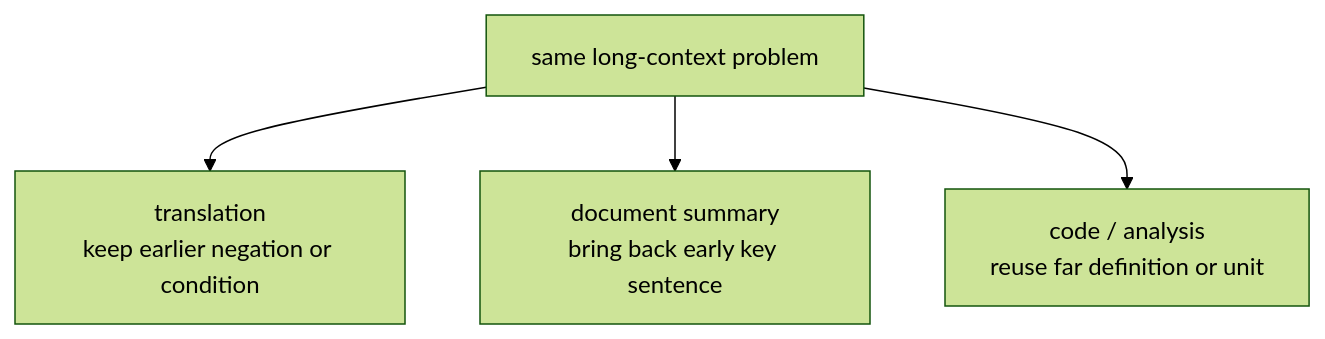
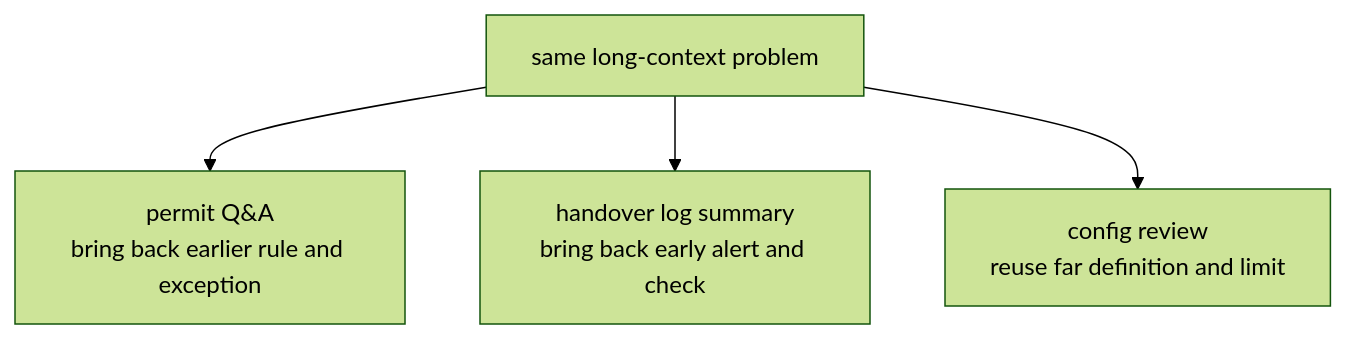
Before and after one commit to devchan64/AiBook: the diagram in docs/assets/part-05/chapter-14/long-context-task-flow-en.mmd, drawn with Mermaid (forest theme). The commit also changed 16 other files, not shown here.

```diff
--- a/docs/assets/part-05/chapter-14/long-context-task-flow-en.mmd
+++ b/docs/assets/part-05/chapter-14/long-context-task-flow-en.mmd
@@ -1,9 +1,9 @@
 flowchart TD
   A["same long-context problem"]
-  B["translation<br/>keep earlier negation or condition"]
-  C["document summary<br/>bring back early key sentence"]
-  D["code / analysis<br/>reuse far definition or unit"]
+  B["permit Q&A<br/>bring back earlier rule and exception"]
+  C["handover log summary<br/>bring back early alert and check"]
+  D["config review<br/>reuse far definition and limit"]
 
   A --> B
   A --> C
   A --> D
```
